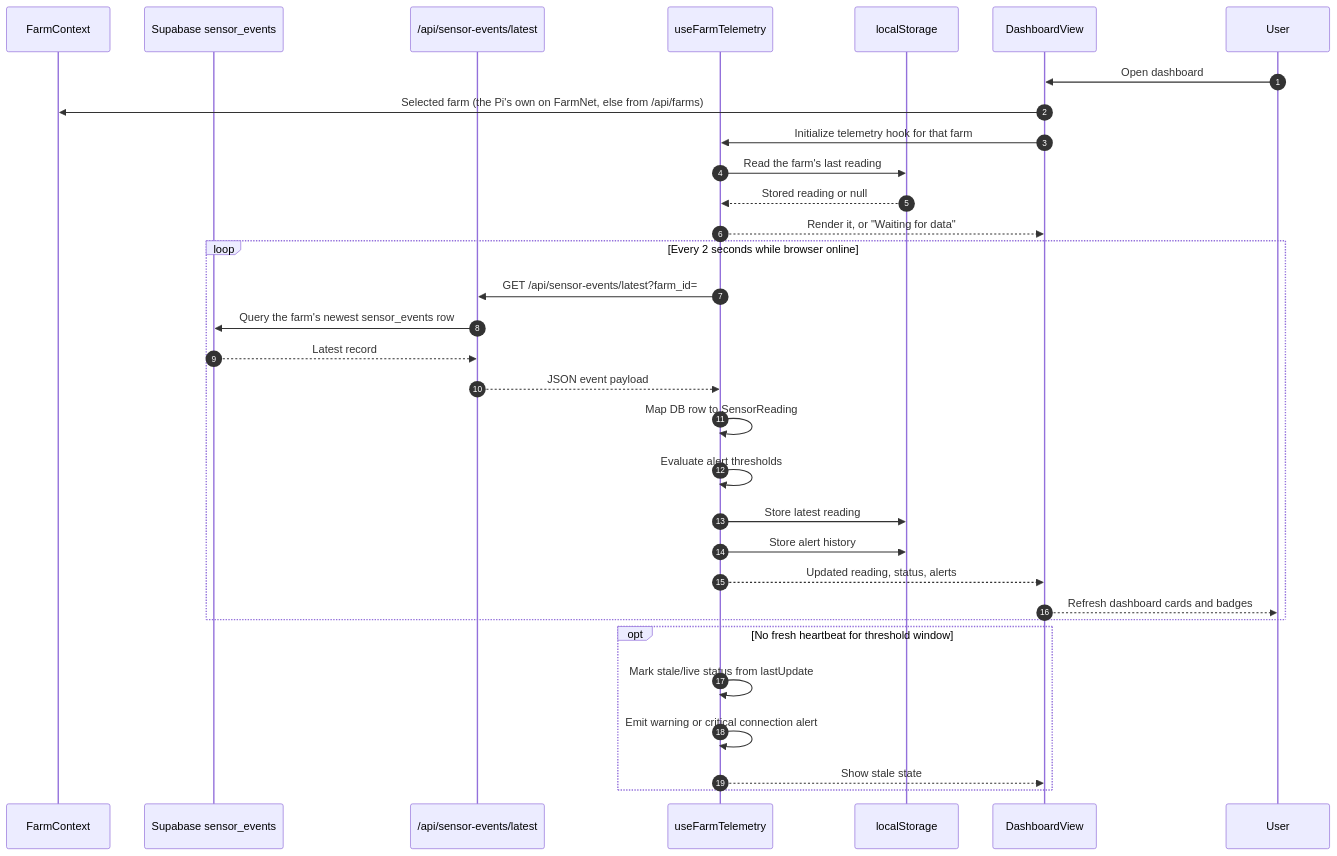
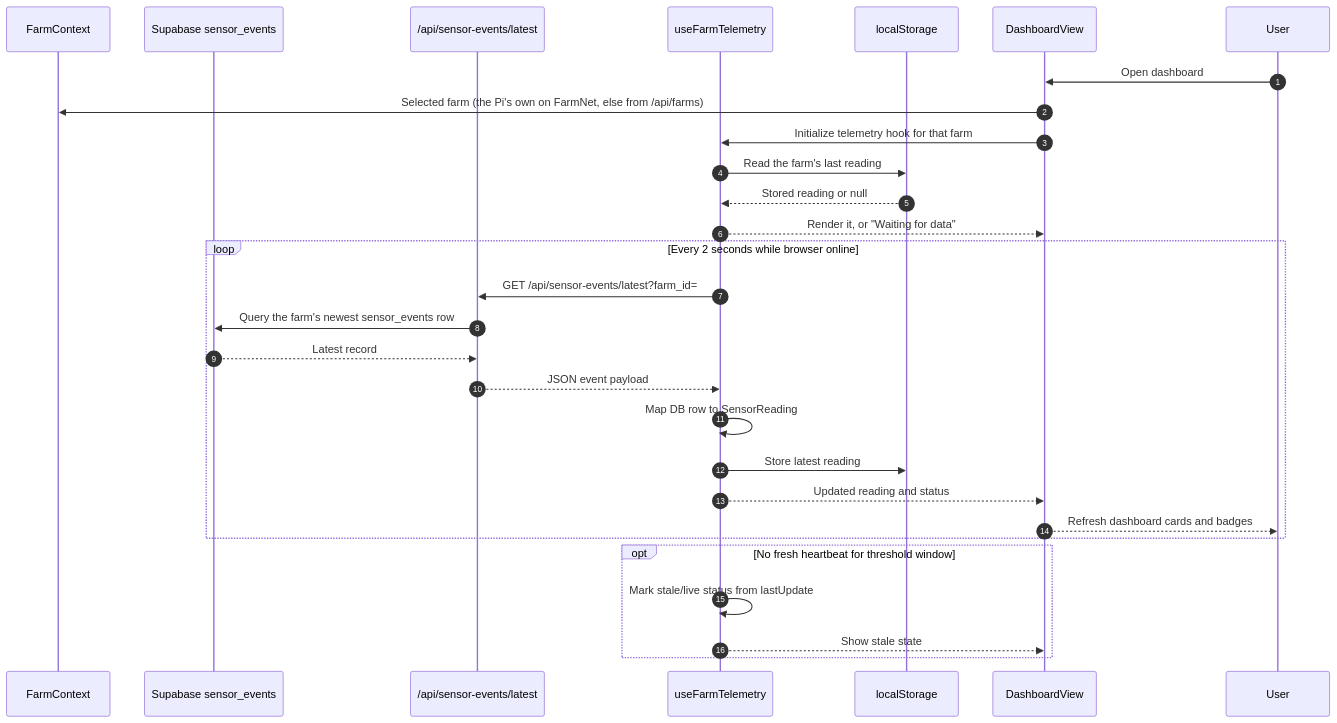
One commit to Ca1eb9/verdant-os changed the second of 2 diagrams in web/docs/uml.md. Above: the diagram before and after it, drawn with Mermaid. The commit also changed other lines of this file and 53 other files, not shown here.

````diff
--- a/web/docs/uml.md
+++ b/web/docs/uml.md
@@ -106,37 +102,34 @@
 ```mermaid
 sequenceDiagram
     autonumber
     participant F as FarmContext
     participant D as Supabase sensor_events
     participant R as /api/sensor-events/latest
     participant H as useFarmTelemetry
     participant L as localStorage
     participant V as DashboardView
     participant U as User
 
     U->>V: Open dashboard
     V->>F: Selected farm (the Pi's own on FarmNet, else from /api/farms)
     V->>H: Initialize telemetry hook for that farm
     H->>L: Read the farm's last reading
     L-->>H: Stored reading or null
     H-->>V: Render it, or "Waiting for data"
 
     loop Every 2 seconds while browser online
         H->>R: GET /api/sensor-events/latest?farm_id=
         R->>D: Query the farm's newest sensor_events row
         D-->>R: Latest record
         R-->>H: JSON event payload
         H->>H: Map DB row to SensorReading
-        H->>H: Evaluate alert thresholds
         H->>L: Store latest reading
-        H->>L: Store alert history
-        H-->>V: Updated reading, status, alerts
+        H-->>V: Updated reading and status
         V-->>U: Refresh dashboard cards and badges
     end
 
     opt No fresh heartbeat for threshold window
         H->>H: Mark stale/live status from lastUpdate
-        H->>H: Emit warning or critical connection alert
         H-->>V: Show stale state
     end
 ```
````
